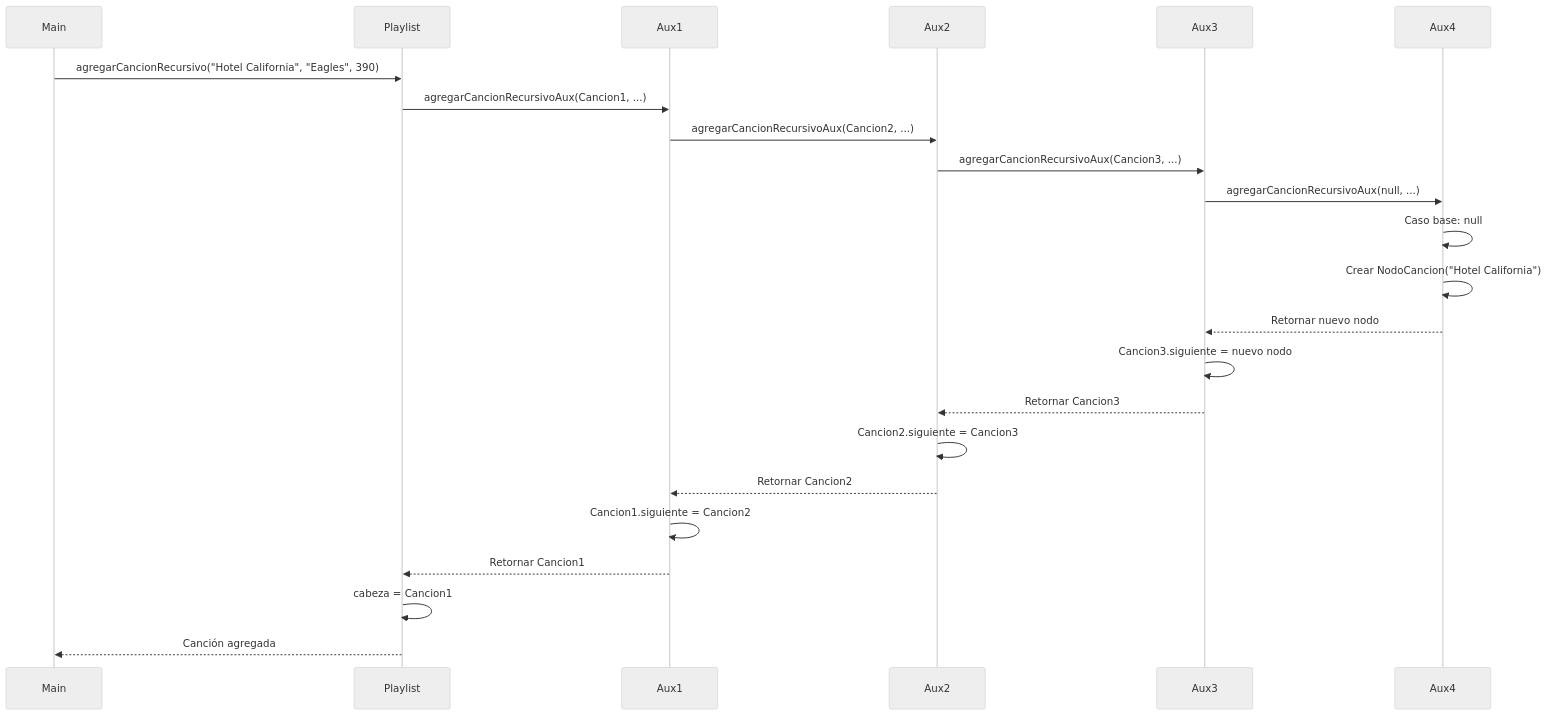
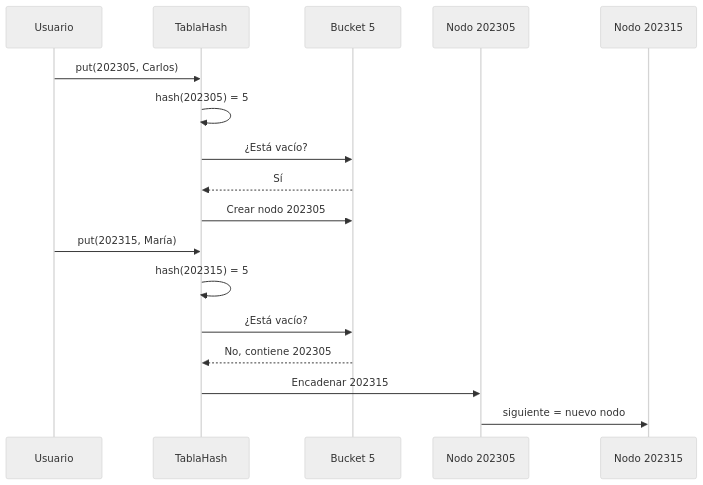
The third of 8 diagrams in MERMAID.md (rraulherediaa/PracticasEstructurasDatos), drawn with Mermaid (neutral theme) before and after one commit. The commit also changed other lines of this file and 3 other files, not shown here.

Commit message:
Tarea 7: Implementación de Hashing y Diccionarios - Tabla Hash con encadenamiento para sistema de estudiantes

````diff
--- a/MERMAID.md
+++ b/MERMAID.md
@@ -118,26 +54,21 @@
 ```mermaid
 sequenceDiagram
-    participant Main
-    participant Playlist
-    participant Aux1
-    participant Aux2
-    participant Aux3
-    participant Aux4
+    participant U as Usuario
+    participant T as TablaHash
+    participant B5 as Bucket 5
+    participant N1 as Nodo 202305
+    participant N2 as Nodo 202315
     
-    Main->>Playlist: agregarCancionRecursivo("Hotel California", "Eagles", 390)
-    Playlist->>Aux1: agregarCancionRecursivoAux(Cancion1, ...)
-    Aux1->>Aux2: agregarCancionRecursivoAux(Cancion2, ...)
-    Aux2->>Aux3: agregarCancionRecursivoAux(Cancion3, ...)
-    Aux3->>Aux4: agregarCancionRecursivoAux(null, ...)
-    Aux4->>Aux4: Caso base: null
-    Aux4->>Aux4: Crear NodoCancion("Hotel California")
-    Aux4-->>Aux3: Retornar nuevo nodo
-    Aux3->>Aux3: Cancion3.siguiente = nuevo nodo
-    Aux3-->>Aux2: Retornar Cancion3
-    Aux2->>Aux2: Cancion2.siguiente = Cancion3
-    Aux2-->>Aux1: Retornar Cancion2
-    Aux1->>Aux1: Cancion1.siguiente = Cancion2
-    Aux1-->>Playlist: Retornar Cancion1
-    Playlist->>Playlist: cabeza = Cancion1
-    Playlist-->>Main: Canción agregada
+    U->>T: put(202305, Carlos)
+    T->>T: hash(202305) = 5
+    T->>B5: ¿Está vacío?
+    B5-->>T: Sí
+    T->>B5: Crear nodo 202305
+    
+    U->>T: put(202315, María)
+    T->>T: hash(202315) = 5
+    T->>B5: ¿Está vacío?
+    B5-->>T: No, contiene 202305
+    T->>N1: Encadenar 202315
+    N1->>N2: siguiente = nuevo nodo
 ```
````
